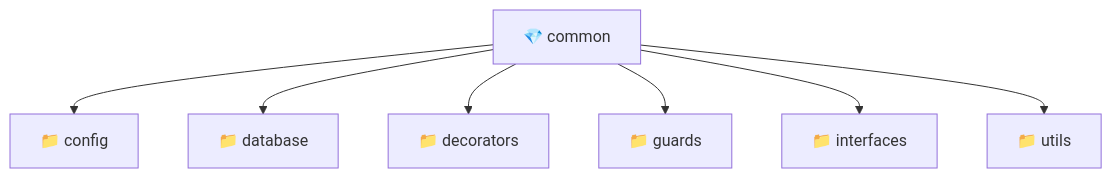
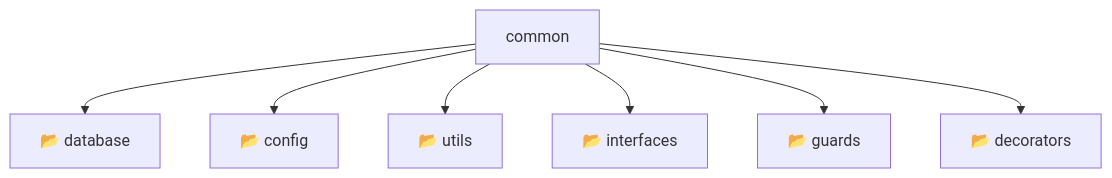
One commit to beginwebdev2002/fullstack-mavluda changed the diagram in backend/src/common/README.md. Above: the diagram before and after it, drawn with Mermaid. The commit also changed other lines of this file and 155 other files, not shown here.

````diff
--- a/backend/src/common/README.md
+++ b/backend/src/common/README.md
@@ -9,10 +14,10 @@
 ```mermaid
 graph TD
-  Root["💎 common"]
-  Root --> config["📁 config"]
-  Root --> database["📁 database"]
-  Root --> decorators["📁 decorators"]
-  Root --> guards["📁 guards"]
-  Root --> interfaces["📁 interfaces"]
-  Root --> utils["📁 utils"]
+    Root[common]
+    Root --> F0[📂 database]
+    Root --> F1[📂 config]
+    Root --> F2[📂 utils]
+    Root --> F3[📂 interfaces]
+    Root --> F4[📂 guards]
+    Root --> F5[📂 decorators]
 ```
````
